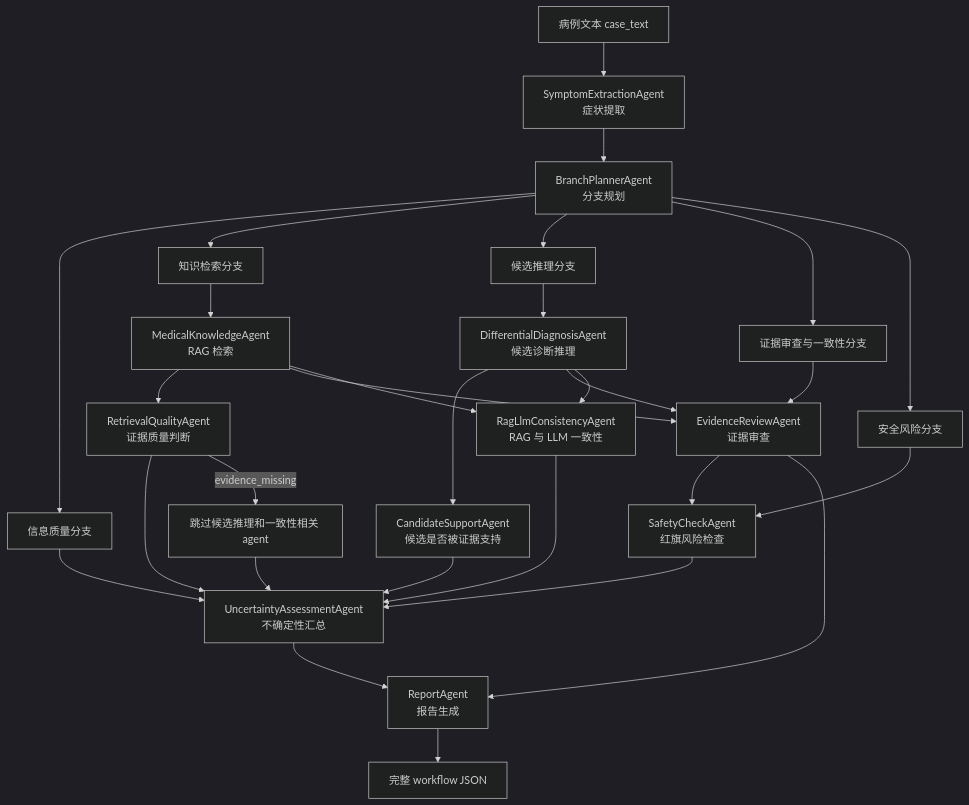
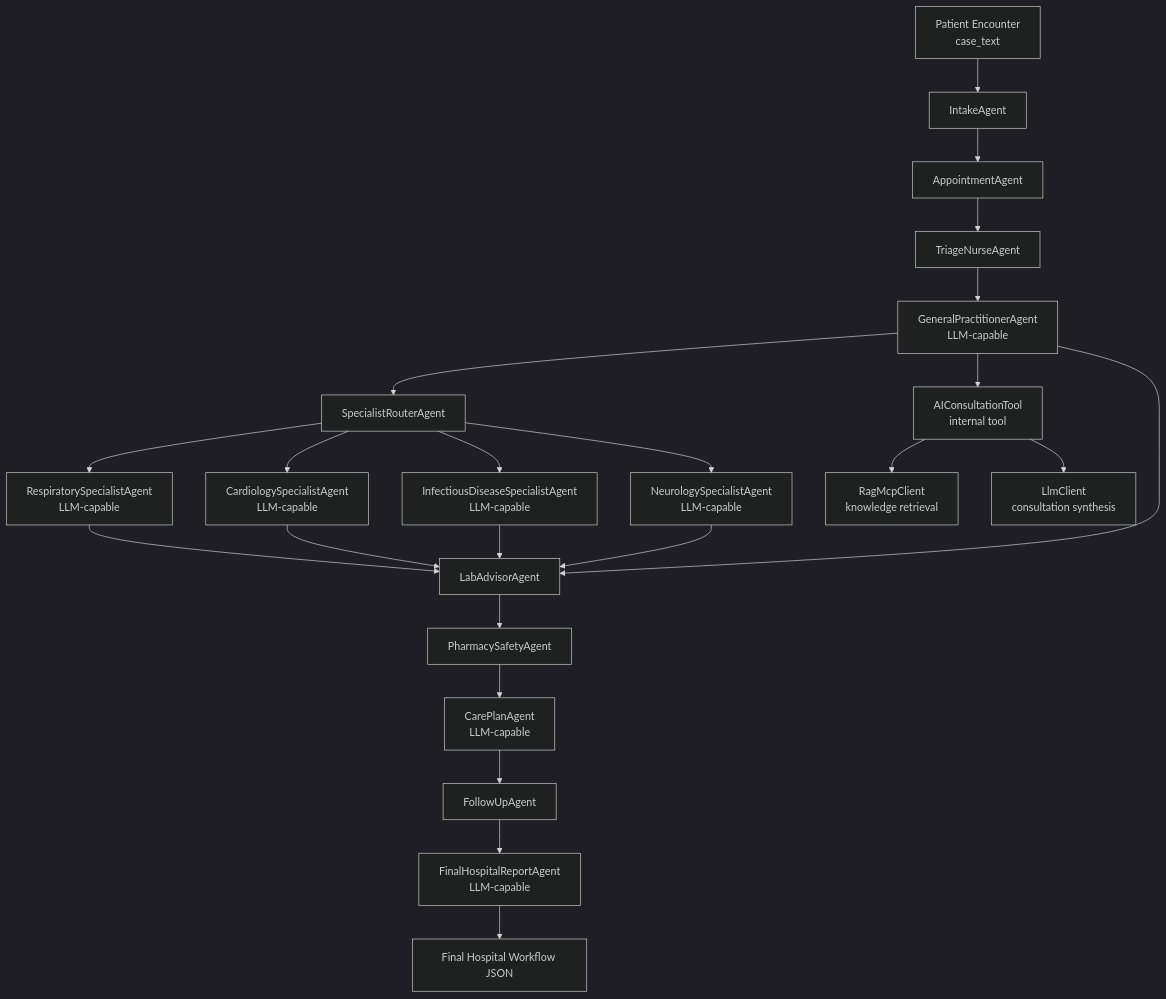
Before and after one commit to whytomato/healthcare: the second of 2 diagrams in README.md, drawn with Mermaid (dark theme). The commit also changed other lines of this file and 61 other files, not shown here.

````diff
--- a/README.md
+++ b/README.md
@@ -32,40 +30,29 @@
 ```mermaid
 flowchart TD
-    A[病例文本 case_text] --> B[SymptomExtractionAgent<br/>症状提取]
-    B --> C[BranchPlannerAgent<br/>分支规划]
+    A[Patient Encounter<br/>case_text] --> Intake[IntakeAgent]
+    Intake --> Appointment[AppointmentAgent]
+    Appointment --> Triage[TriageNurseAgent]
+    Triage --> GP[GeneralPractitionerAgent<br/>LLM-capable]
+    GP --> Router[SpecialistRouterAgent]
 
-    C --> IQ[信息质量分支]
-    C --> KR[知识检索分支]
-    C --> CR[候选推理分支]
-    C --> CO[证据审查与一致性分支]
-    C --> SR[安全风险分支]
+    Router --> Respiratory[RespiratorySpecialistAgent<br/>LLM-capable]
+    Router --> Cardiology[CardiologySpecialistAgent<br/>LLM-capable]
+    Router --> Infection[InfectiousDiseaseSpecialistAgent<br/>LLM-capable]
+    Router --> Neurology[NeurologySpecialistAgent<br/>LLM-capable]
 
-    IQ --> U[UncertaintyAssessmentAgent<br/>不确定性汇总]
+    GP --> AIConsultTool[AIConsultationTool<br/>internal tool]
+    AIConsultTool --> RagTool[RagMcpClient<br/>knowledge retrieval]
+    AIConsultTool --> LlmTool[LlmClient<br/>consultation synthesis]
 
-    KR --> MK[MedicalKnowledgeAgent<br/>RAG 检索]
-    MK --> RQ[RetrievalQualityAgent<br/>证据质量判断]
-    RQ --> U
+    Respiratory --> Lab[LabAdvisorAgent]
+    Cardiology --> Lab
+    Infection --> Lab
+    Neurology --> Lab
+    GP --> Lab
 
-    RQ -- evidence_missing --> SKIP[跳过候选推理和一致性相关 agent]
-    SKIP --> U
-
-    CR --> DD[DifferentialDiagnosisAgent<br/>候选诊断推理]
-    DD --> CS[CandidateSupportAgent<br/>候选是否被证据支持]
-    CS --> U
-
-    CO --> ER[EvidenceReviewAgent<br/>证据审查]
-    MK --> ER
-    DD --> ER
-    ER --> SC[SafetyCheckAgent<br/>红旗风险检查]
-    ER --> RP[ReportAgent<br/>报告生成]
-
-    MK --> RC[RagLlmConsistencyAgent<br/>RAG 与 LLM 一致性]
-    DD --> RC
-    RC --> U
-
-    SR --> SC
-    SC --> U
-
-    U --> RP
-    RP --> OUT[完整 workflow JSON]
+    Lab --> Pharmacy[PharmacySafetyAgent]
+    Pharmacy --> Care[CarePlanAgent<br/>LLM-capable]
+    Care --> Follow[FollowUpAgent]
+    Follow --> Report[FinalHospitalReportAgent<br/>LLM-capable]
+    Report --> Output[Final Hospital Workflow JSON]
 ```
````
